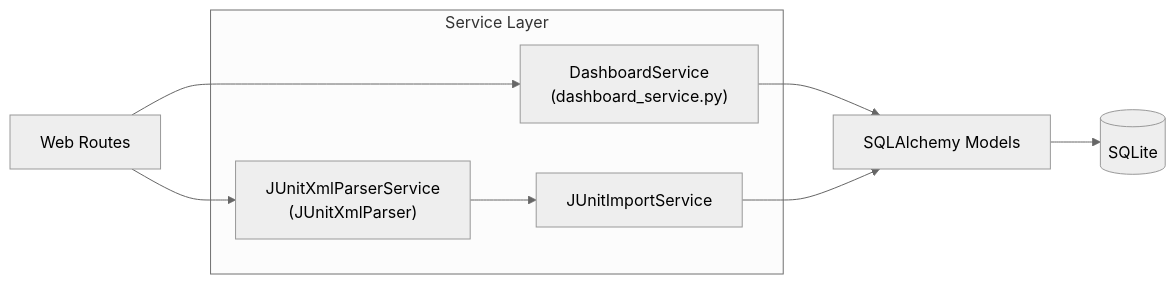
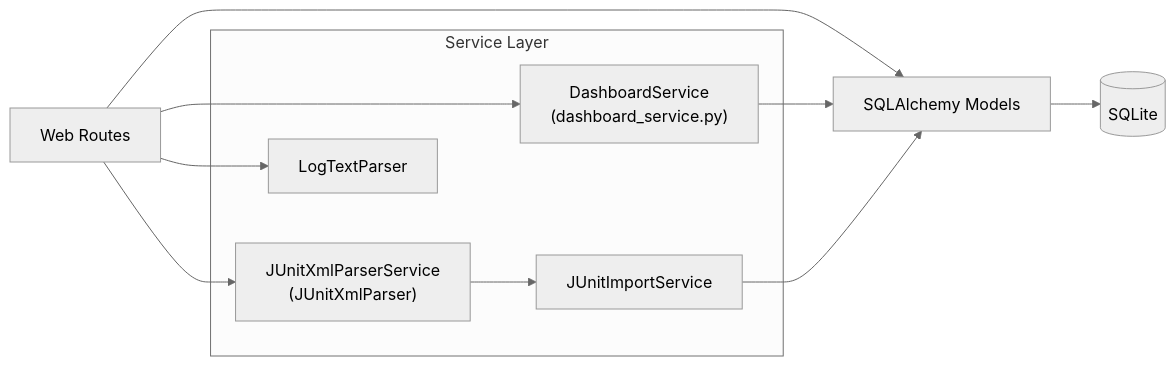
One commit to hzyufu-del/audio-test-management-platform changed the fifth of 5 diagrams in README.md. Above: the diagram before and after it, drawn with Mermaid (neutral theme). The commit also changed other lines of this file and 13 other files, not shown here.

````diff
--- a/README.md
+++ b/README.md
@@ -64,20 +101,23 @@
 ```mermaid
 flowchart LR
     Routes["Web Routes"]
 
     subgraph Services["Service Layer"]
         Dashboard["DashboardService<br/>(dashboard_service.py)"]
         Parser["JUnitXmlParserService<br/>(JUnitXmlParser)"]
         Import["JUnitImportService"]
+        LogParser["LogTextParser"]
     end
 
     Models["SQLAlchemy Models"]
     Database[(SQLite)]
 
     Routes --> Dashboard
     Routes --> Parser
+    Routes --> LogParser
+    Routes --> Models
     Parser --> Import
     Dashboard --> Models
     Import --> Models
     Models --> Database
 ```
````
